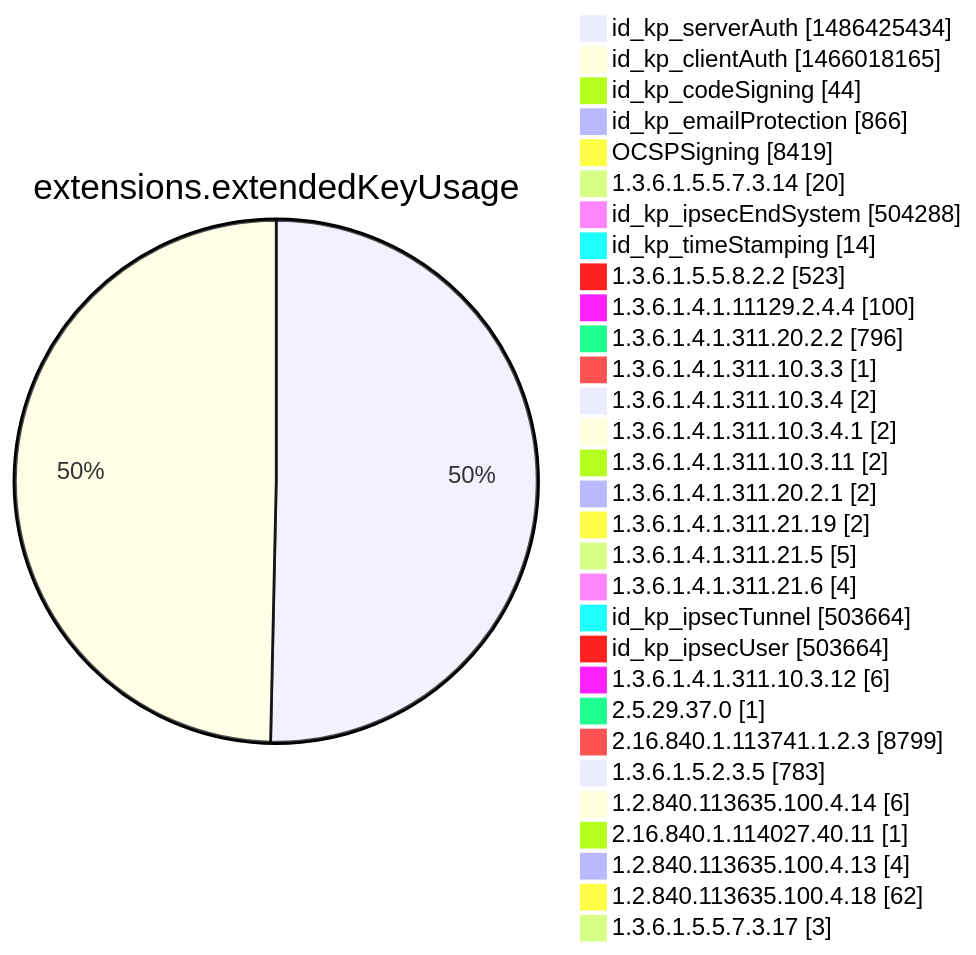
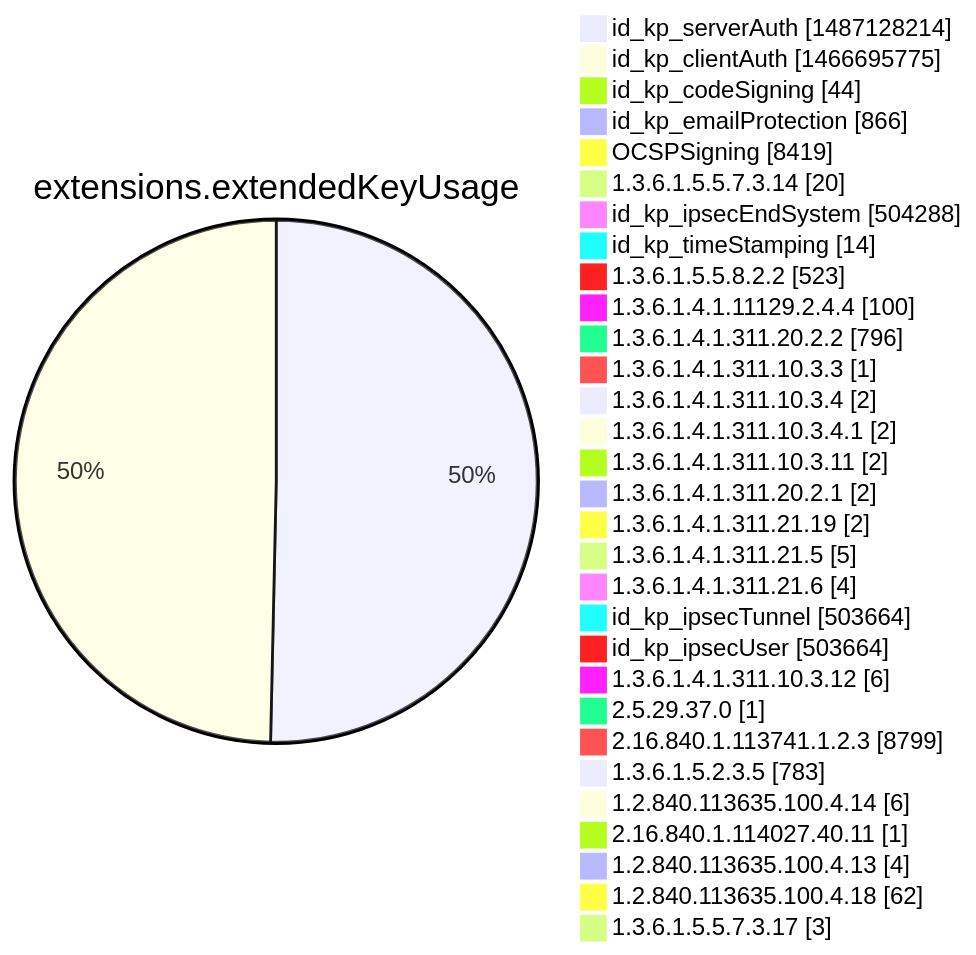
Before and after one commit to christiankrug/ctmonitor_visualization: diagram 12 of 15 in argon2022/README.md, drawn with Mermaid. The commit also changed other lines of this file, not shown here.

````diff
--- a/argon2022/README.md
+++ b/argon2022/README.md
@@ -3555,34 +3555,34 @@
 ```mermaid
 pie showData
 title extensions.extendedKeyUsage
-"id_kp_serverAuth" :1486425434
-"id_kp_clientAuth" :1466018165
+"id_kp_serverAuth" :1487128214
+"id_kp_clientAuth" :1466695775
 "id_kp_codeSigning" :44
 "id_kp_emailProtection" :866
 "OCSPSigning" :8419
 "1.3.6.1.5.5.7.3.14" :20
 "id_kp_ipsecEndSystem" :504288
 "id_kp_timeStamping" :14
 "1.3.6.1.5.5.8.2.2" :523
 "1.3.6.1.4.1.11129.2.4.4" :100
 "1.3.6.1.4.1.311.20.2.2" :796
 "1.3.6.1.4.1.311.10.3.3" :1
 "1.3.6.1.4.1.311.10.3.4" :2
 "1.3.6.1.4.1.311.10.3.4.1" :2
 "1.3.6.1.4.1.311.10.3.11" :2
 "1.3.6.1.4.1.311.20.2.1" :2
 "1.3.6.1.4.1.311.21.19" :2
 "1.3.6.1.4.1.311.21.5" :5
 "1.3.6.1.4.1.311.21.6" :4
 "id_kp_ipsecTunnel" :503664
 "id_kp_ipsecUser" :503664
 "1.3.6.1.4.1.311.10.3.12" :6
 "2.5.29.37.0" :1
 "2.16.840.1.113741.1.2.3" :8799
 "1.3.6.1.5.2.3.5" :783
 "1.2.840.113635.100.4.14" :6
 "2.16.840.1.114027.40.11" :1
 "1.2.840.113635.100.4.13" :4
 "1.2.840.113635.100.4.18" :62
 "1.3.6.1.5.5.7.3.17" :3
 ```
````
